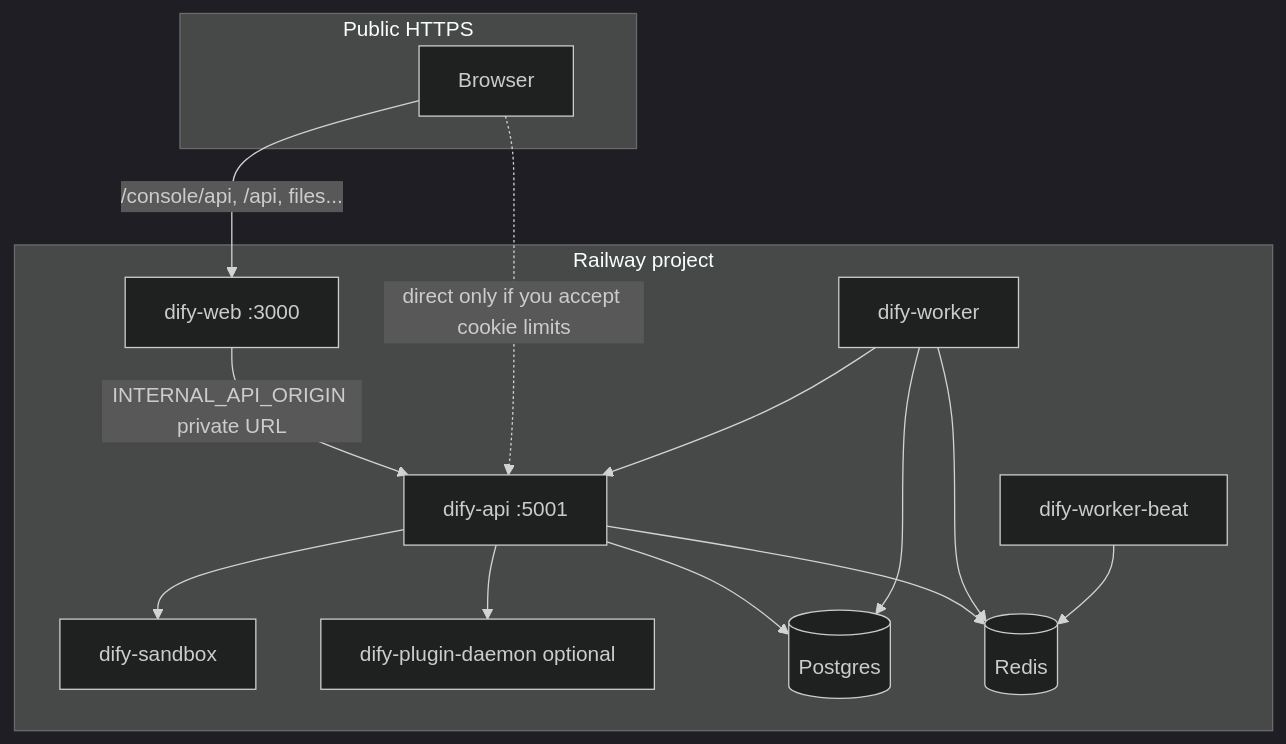
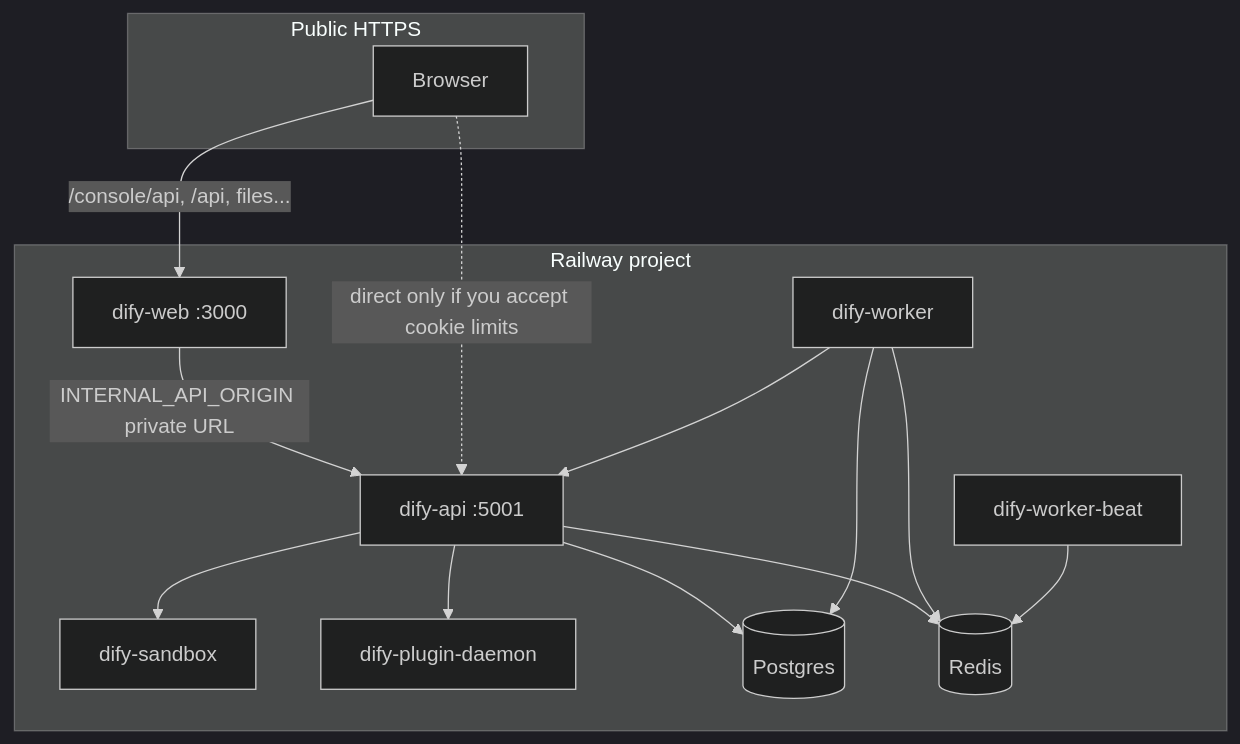
One commit to arunadayaimleap/dify changed the diagram in docs/en-US/railway-deployment.md. Above: the diagram before and after it, drawn with Mermaid (dark theme). The commit also changed other lines of this file and 4 other files, not shown here.

````diff
--- a/docs/en-US/railway-deployment.md
+++ b/docs/en-US/railway-deployment.md
@@ -21,27 +21,27 @@
 ```mermaid
 flowchart TB
   subgraph public [Public HTTPS]
     U[Browser]
   end
   subgraph railway [Railway project]
     W[dify-web :3000]
     A[dify-api :5001]
     K[dify-worker]
     B[dify-worker-beat]
     S[dify-sandbox]
-    P[dify-plugin-daemon optional]
+    P[dify-plugin-daemon]
     PG[(Postgres)]
     R[(Redis)]
   end
   U -->|"/console/api, /api, files..."| W
   W -->|"INTERNAL_API_ORIGIN private URL"| A
   U -.->|direct only if you accept cookie limits| A
   A --> PG
   A --> R
   K --> PG
   K --> R
   B --> R
   K --> A
   A --> S
   A --> P
 ```
````
